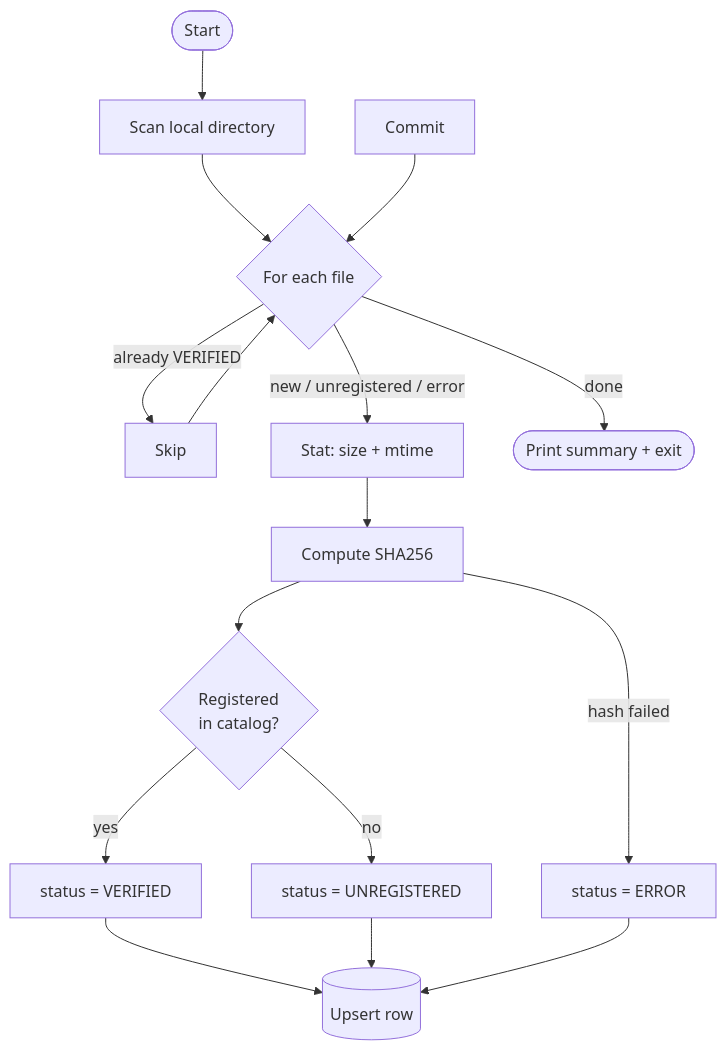
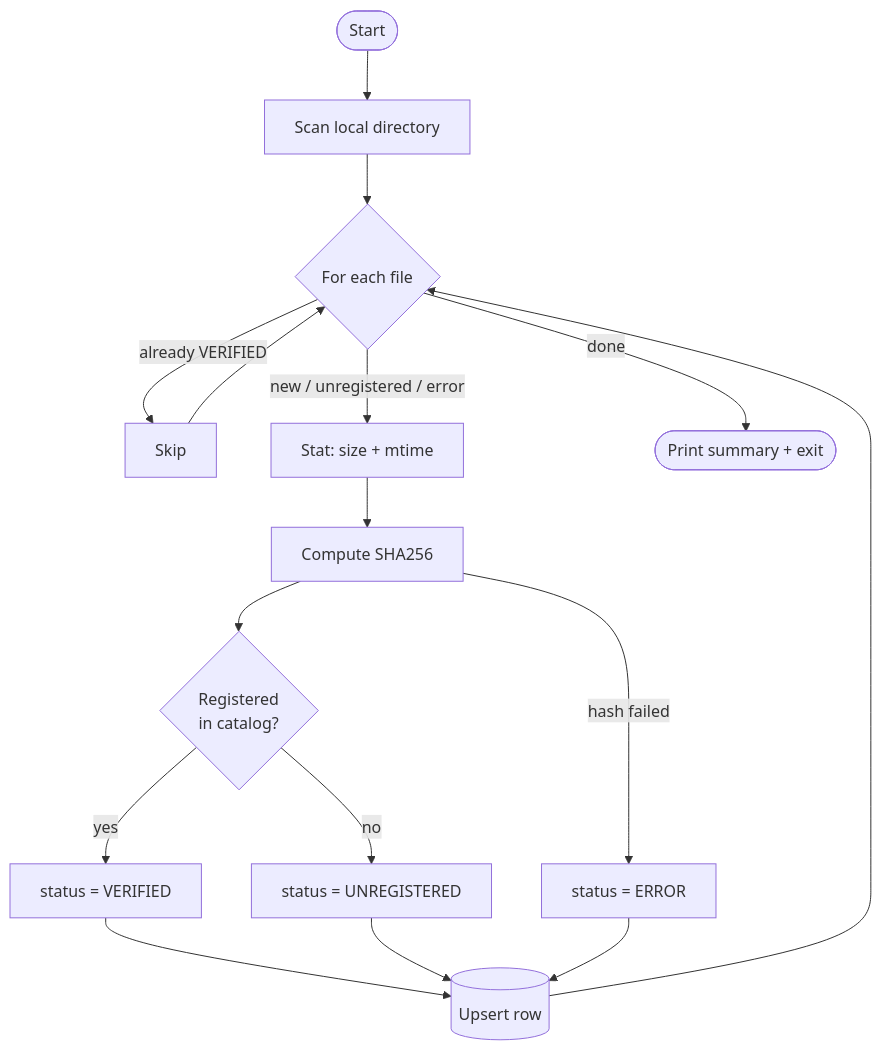
One commit to omar-moreno/cdms-verify changed the second of 2 diagrams in README.md. Above: the diagram before and after it, drawn with Mermaid.

Commit message:
Potential fix for pull request finding 'Reconnect Upsert node to the processing loop'

````diff
--- a/README.md
+++ b/README.md
@@ -133,18 +133,18 @@
 ```mermaid
 flowchart TD
     Start([Start]) --> Scan[Scan local directory]
     Scan --> Loop{For each file}
     Loop -->|already VERIFIED| Skip[Skip]
     Loop -->|new / unregistered / error| Stat[Stat: size + mtime]
     Stat --> Hash[Compute SHA256]
     Hash --> Check{Registered<br/>in catalog?}
     Check -->|yes| Verified[status = VERIFIED]
     Check -->|no| Unreg[status = UNREGISTERED]
     Hash -->|hash failed| Err[status = ERROR]
     Verified --> Upsert[(Upsert row)]
     Unreg --> Upsert
     Err --> Upsert
-    Commit --> Loop
+    Upsert --> Loop
     Skip --> Loop
     Loop -->|done| Summary([Print summary + exit])
 ```
````
